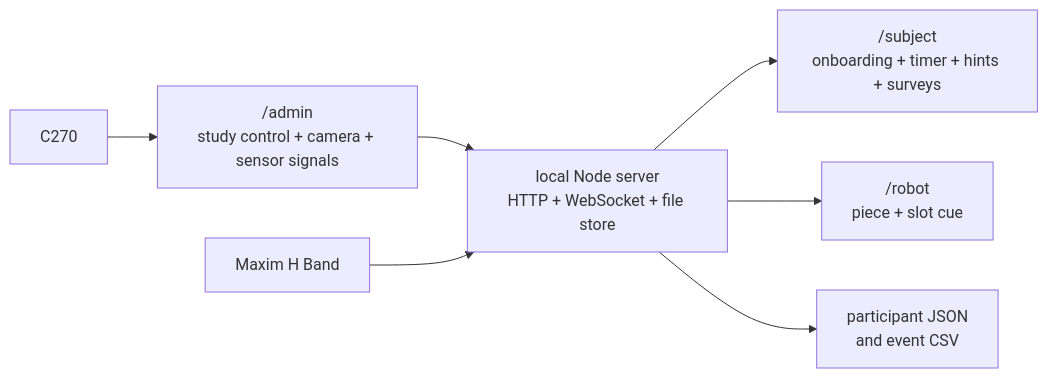
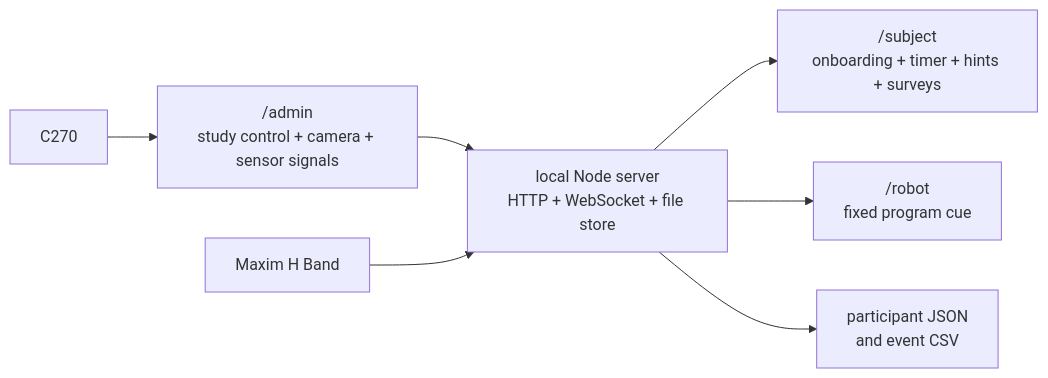
The diagram in docs/architecture.md (shrijacked/wizard-of-oz-control-app), drawn with Mermaid before and after one commit. The commit also changed other lines of this file and 47 other files, not shown here.

````diff
--- a/docs/architecture.md
+++ b/docs/architecture.md
@@ -7,9 +7,9 @@
 ```mermaid
 flowchart LR
     admin["/admin<br/>study control + camera + sensor signals"] --> server["local Node server<br/>HTTP + WebSocket + file store"]
     server --> subject["/subject<br/>onboarding + timer + hints + surveys"]
-    server --> robot["/robot<br/>piece + slot cue"]
+    server --> robot["/robot<br/>fixed program cue"]
     watch["Maxim H Band"] --> server
     camera["C270"] --> admin
     server --> export["participant JSON<br/>and event CSV"]
 ```
````
